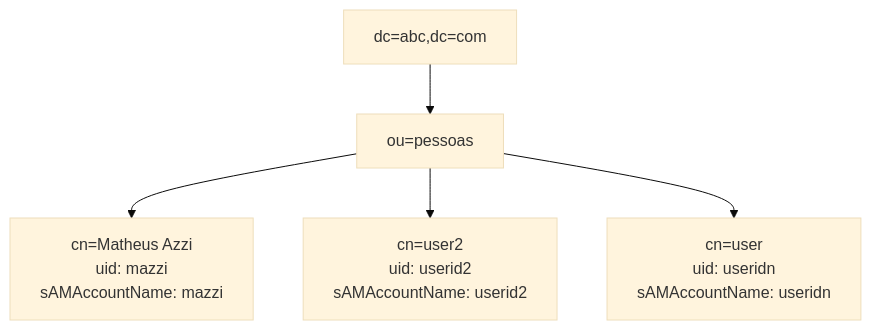
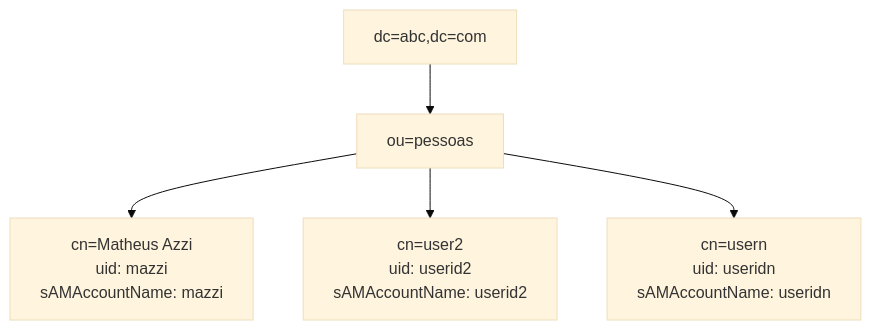
One commit to AlexPiresFerreira/Network-Security changed the first of 2 diagrams in 3. Fortinet/3. Conceitos - FortiGate/3.4. Firewall_Authemtication/343_Autenticação_Remorta.md. Above: the diagram before and after it, drawn with Mermaid (base theme). The commit also changed other lines of this file and 6 other files, not shown here.

````diff
--- a/3. Fortinet/3. Conceitos - FortiGate/3.4. Firewall_Authemtication/343_Autenticação_Remorta.md
+++ b/3. Fortinet/3. Conceitos - FortiGate/3.4. Firewall_Authemtication/343_Autenticação_Remorta.md
@@ -21,7 +59,7 @@
 ```mermaid
 flowchart TB
     A["dc=abc,dc=com"] --> B["ou=pessoas"]
     B --> C["cn=Matheus Azzi<br/>uid: mazzi<br/>sAMAccountName: mazzi"]
     B --> D["cn=user2<br/>uid: userid2<br/>sAMAccountName: userid2"]
-    B --> E["cn=user<br/>uid: useridn<br/>sAMAccountName: useridn"]
+    B --> E["cn=usern<br/>uid: useridn<br/>sAMAccountName: useridn"]
 ```
````
